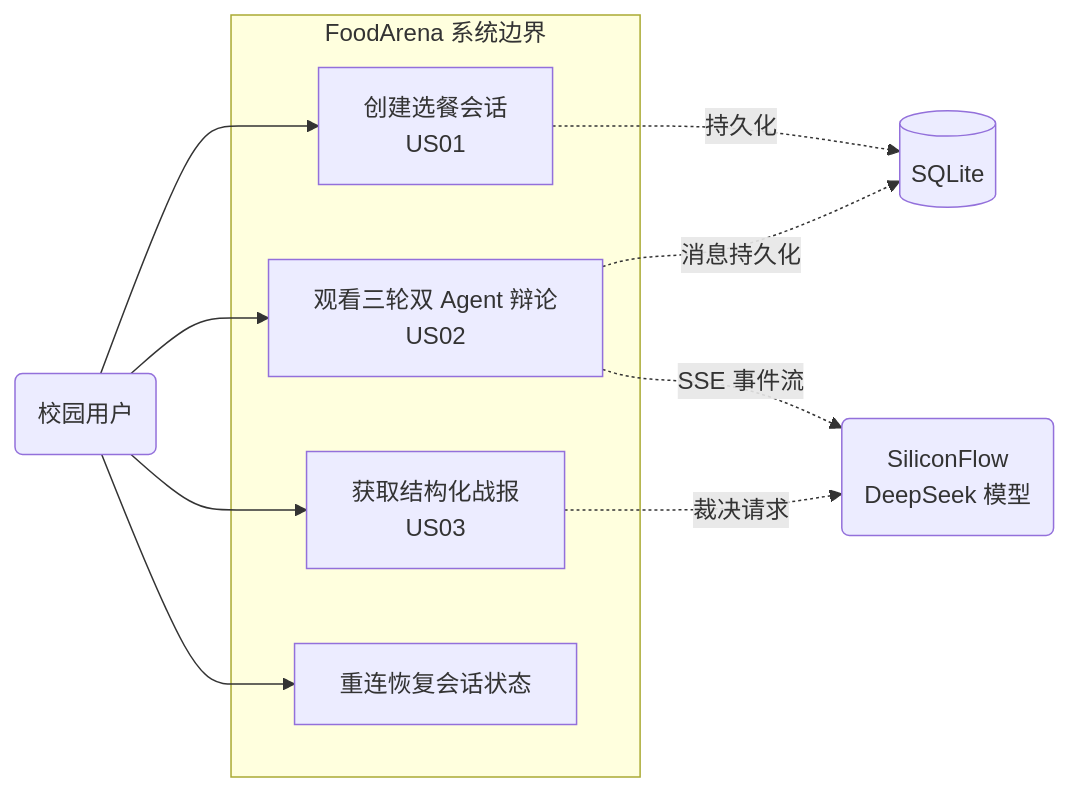
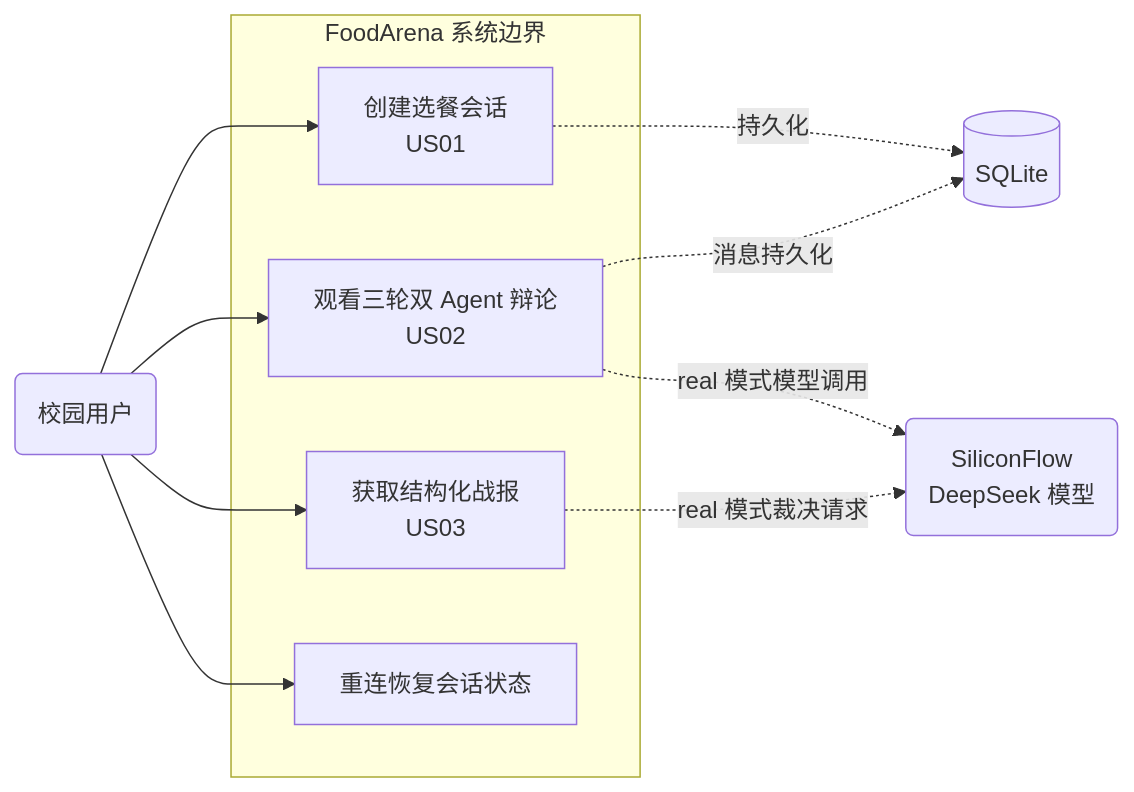
One commit to 2467999639-zz/foodarena-ai changed the first of 6 diagrams in docs/system_design.md. Above: the diagram before and after it, drawn with Mermaid. The commit also changed other lines of this file and 4 other files, not shown here.

First line of the commit message:
docs: add architecture and Sprint reports

````diff
--- a/docs/system_design.md
+++ b/docs/system_design.md
@@ -18,19 +20,19 @@
 ```mermaid
 flowchart LR
     subgraph System[FoodArena 系统边界]
         UC1[创建选餐会话<br/>US01]
         UC2[观看三轮双 Agent 辩论<br/>US02]
         UC3[获取结构化战报<br/>US03]
         UC4[重连恢复会话状态]
     end
 
     Actor(校园用户) --> UC1
     Actor --> UC2
     Actor --> UC3
     Actor --> UC4
 
-    UC2 -.SSE 事件流.-> LLM(SiliconFlow<br/>DeepSeek 模型)
-    UC3 -.裁决请求.-> LLM
+    UC2 -.real 模式模型调用.-> LLM(SiliconFlow<br/>DeepSeek 模型)
+    UC3 -.real 模式裁决请求.-> LLM
     UC1 -.持久化.-> DB[(SQLite)]
     UC2 -.消息持久化.-> DB
 ```
````
